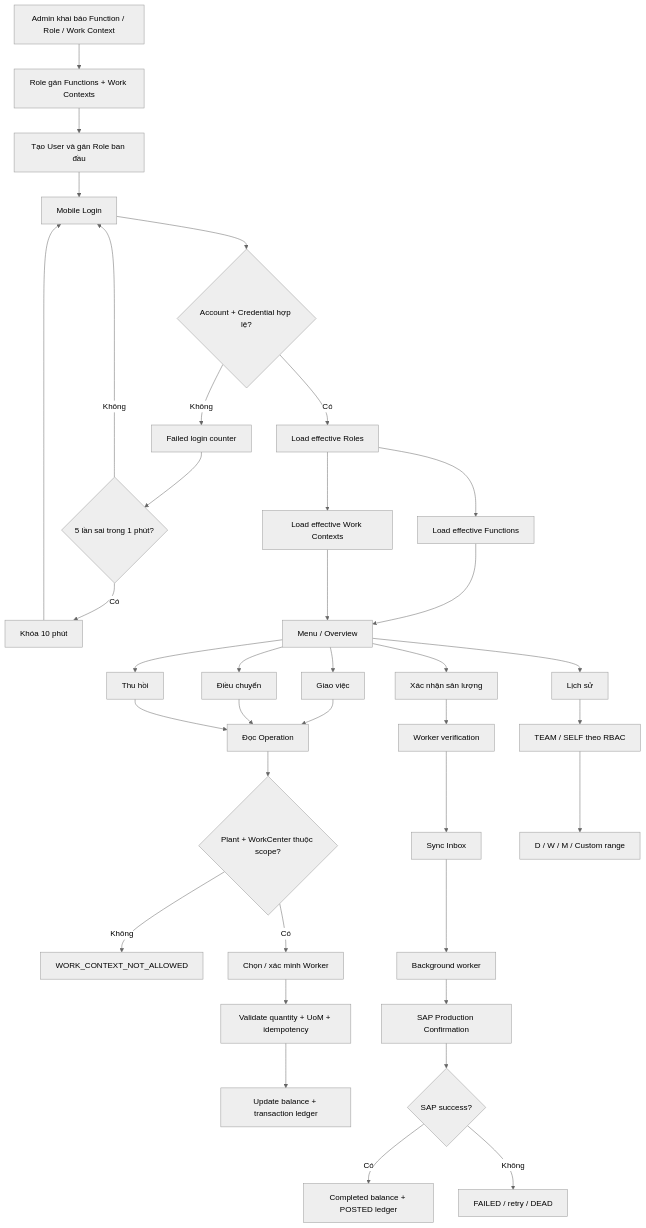
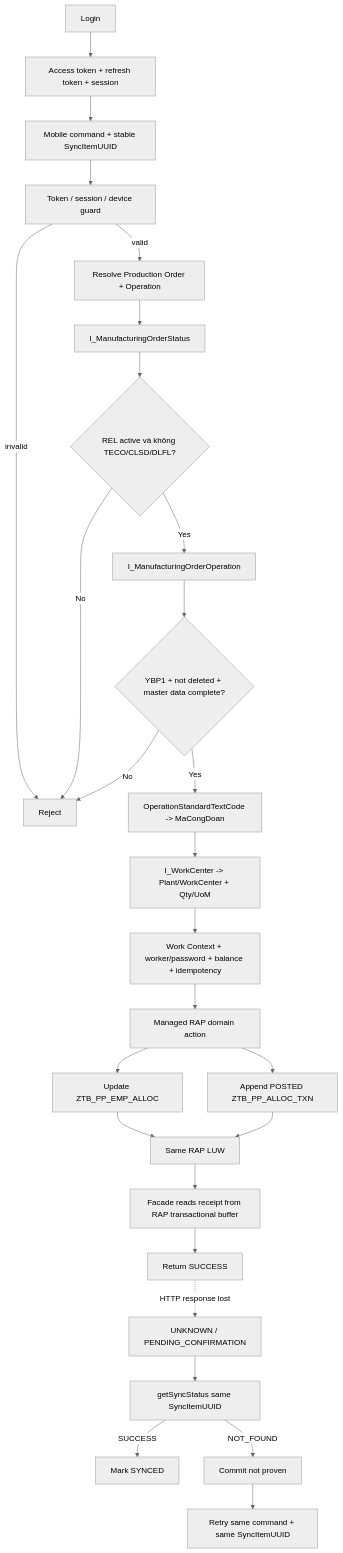
Before and after one commit to nguyenduckhiem1002-dot/abap_casla_app_mobile: the diagram in README.md, drawn with Mermaid (neutral theme). The commit also changed other lines of this file and 79 other files, not shown here.

Commit message:
Complete CASLA mobile production command and reconciliation flow

````diff
--- a/README.md
+++ b/README.md
@@ -25,46 +59,30 @@
 ```mermaid
 flowchart TD
-    A[Admin khai báo Function / Role / Work Context] --> B[Role gán Functions + Work Contexts]
-    B --> C[Tạo User và gán Role ban đầu]
-    C --> D[Mobile Login]
+    A[Login] --> B[Access token + refresh token + session]
+    B --> C[Mobile command + stable SyncItemUUID]
+    C --> D[Token / session / device guard]
+    D -->|invalid| E[Reject]
+    D -->|valid| F[Resolve Production Order + Operation]
+    F --> G[I_ManufacturingOrderStatus]
+    G --> H{REL active và không TECO/CLSD/DLFL?}
+    H -->|No| E
+    H -->|Yes| I[I_ManufacturingOrderOperation]
+    I --> J{YBP1 + not deleted + master data complete?}
+    J -->|No| E
+    J -->|Yes| K[OperationStandardTextCode -> MaCongDoan]
+    K --> L[I_WorkCenter -> Plant/WorkCenter + Qty/UoM]
+    L --> M[Work Context + worker/password + balance + idempotency]
+    M --> N[Managed RAP domain action]
+    N --> O[Update ZTB_PP_EMP_ALLOC]
+    N --> P[Append POSTED ZTB_PP_ALLOC_TXN]
+    O --> Q[Same RAP LUW]
+    P --> Q
+    Q --> R[Facade reads receipt from RAP transactional buffer]
+    R --> S[Return SUCCESS]
 
-    D --> E{Account + Credential hợp lệ?}
-    E -- Không --> F[Failed login counter]
-    F --> G{5 lần sai trong 1 phút?}
-    G -- Có --> H[Khóa 10 phút]
-    G -- Không --> D
-    H --> D
-
-    E -- Có --> I[Load effective Roles]
-    I --> J[Load effective Functions]
-    I --> K[Load effective Work Contexts]
-    J --> L[Menu / Overview]
-    K --> L
-
-    L --> M[Giao việc]
-    L --> N[Điều chuyển]
-    L --> O[Thu hồi]
-    L --> P[Xác nhận sản lượng]
-    L --> Q[Lịch sử]
-
-    M --> R[Đọc Operation]
-    N --> R
-    O --> R
-
-    R --> S{Plant + WorkCenter thuộc scope?}
-    S -- Không --> T[WORK_CONTEXT_NOT_ALLOWED]
-    S -- Có --> U[Chọn / xác minh Worker]
-    U --> V[Validate quantity + UoM + idempotency]
-    V --> W[Update balance + transaction ledger]
-
-    P --> X[Worker verification]
-    X --> Y[Sync Inbox]
-    Y --> Z[Background worker]
-    Z --> AA[SAP Production Confirmation]
-    AA --> AB{SAP success?}
-    AB -- Có --> AC[Completed balance + POSTED ledger]
-    AB -- Không --> AD[FAILED / retry / DEAD]
-
-    Q --> AE[TEAM / SELF theo RBAC]
-    AE --> AF[D / W / M / Custom range]
+    S -. HTTP response lost .-> T[UNKNOWN / PENDING_CONFIRMATION]
+    T --> U[getSyncStatus same SyncItemUUID]
+    U -->|SUCCESS| V[Mark SYNCED]
+    U -->|NOT_FOUND| W[Commit not proven]
+    W --> X[Retry same command + same SyncItemUUID]
 ```
````
